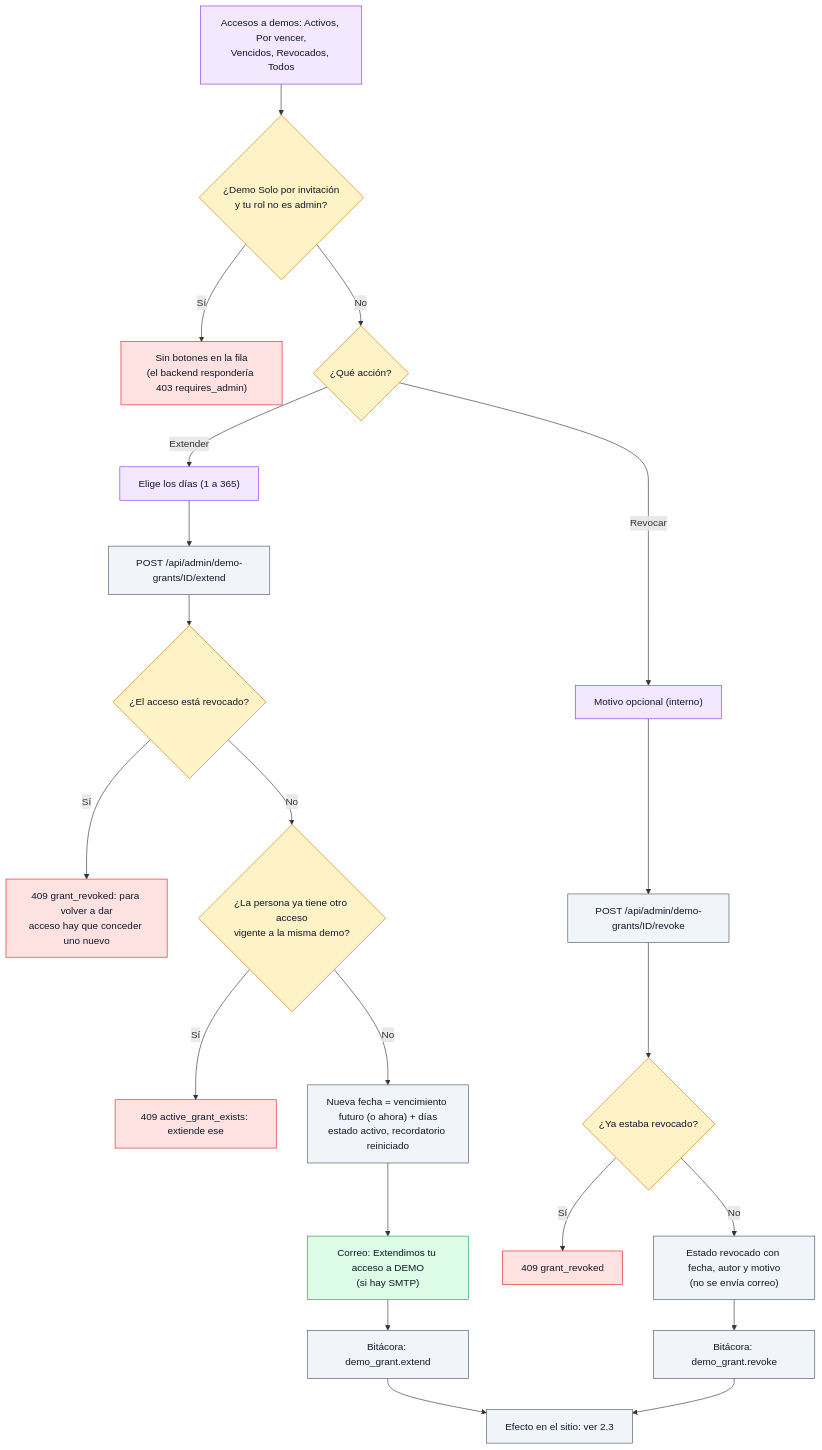
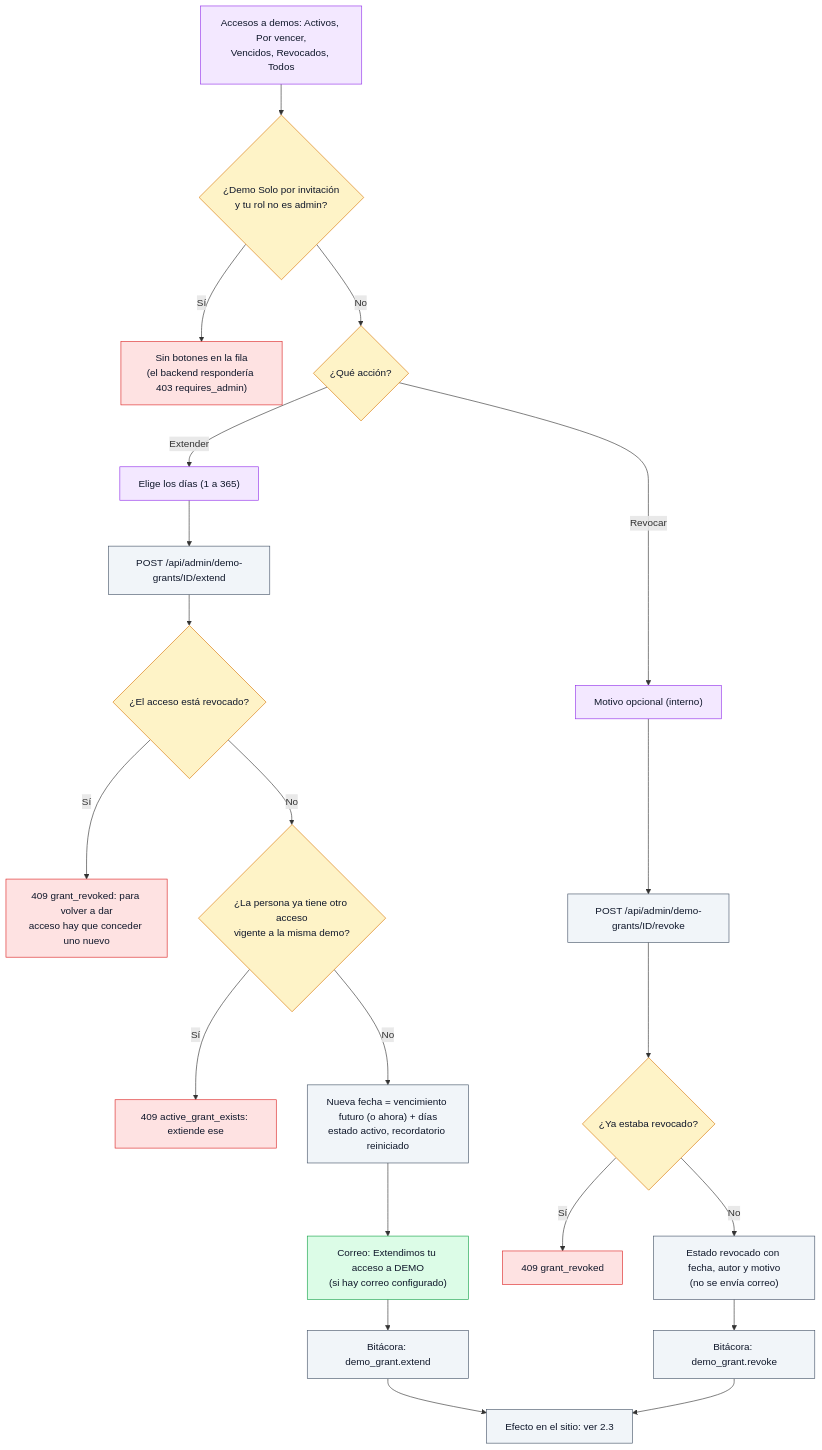
The fourth of 24 diagrams in docs/wiki/Doc-14-2-Flujos-de-Administracion-y-Operacion.md (ronalc90/koptup), drawn with Mermaid before and after one commit. The commit also changed other lines of this file and 45 other files, not shown here.

````diff
--- a/docs/wiki/Doc-14-2-Flujos-de-Administracion-y-Operacion.md
+++ b/docs/wiki/Doc-14-2-Flujos-de-Administracion-y-Operacion.md
@@ -234,43 +235,43 @@
 ```mermaid
 flowchart TD
     classDef visitante fill:#dbeafe,stroke:#2563eb,color:#0f172a
     classDef sistema fill:#f1f5f9,stroke:#475569,color:#0f172a
     classDef admin fill:#f3e8ff,stroke:#9333ea,color:#0f172a
     classDef aviso fill:#dcfce7,stroke:#16a34a,color:#0f172a
     classDef decision fill:#fef3c7,stroke:#d97706,color:#0f172a
     classDef error fill:#fee2e2,stroke:#dc2626,color:#0f172a
     classDef externo fill:#fdf4ff,stroke:#c026d3,color:#0f172a
 
     G1["Accesos a demos: Activos, Por vencer,<br/>Vencidos, Revocados, Todos"]:::admin
     D0{"¿Demo Solo por invitación<br/>y tu rol no es admin?"}:::decision
     E0["Sin botones en la fila<br/>(el backend respondería 403 requires_admin)"]:::error
     D1{"¿Qué acción?"}:::decision
     X1["Elige los días (1 a 365)"]:::admin
     X2["POST /api/admin/demo-grants/ID/extend"]:::sistema
     D2{"¿El acceso está revocado?"}:::decision
     E1["409 grant_revoked: para volver a dar<br/>acceso hay que conceder uno nuevo"]:::error
     D3{"¿La persona ya tiene otro acceso<br/>vigente a la misma demo?"}:::decision
     E2["409 active_grant_exists: extiende ese"]:::error
     X3["Nueva fecha = vencimiento futuro (o ahora) + días<br/>estado activo, recordatorio reiniciado"]:::sistema
-    N1["Correo: Extendimos tu acceso a DEMO<br/>(si hay SMTP)"]:::aviso
+    N1["Correo: Extendimos tu acceso a DEMO<br/>(si hay correo configurado)"]:::aviso
     X4["Bitácora: demo_grant.extend"]:::sistema
     V1["Motivo opcional (interno)"]:::admin
     V2["POST /api/admin/demo-grants/ID/revoke"]:::sistema
     D4{"¿Ya estaba revocado?"}:::decision
     E3["409 grant_revoked"]:::error
     V3["Estado revocado con fecha, autor y motivo<br/>(no se envía correo)"]:::sistema
     V4["Bitácora: demo_grant.revoke"]:::sistema
     F1["Efecto en el sitio: ver 2.3"]:::sistema
 
     G1 --> D0
     D0 -->|"Sí"| E0
     D0 -->|"No"| D1
     D1 -->|"Extender"| X1 --> X2 --> D2
     D2 -->|"Sí"| E1
     D2 -->|"No"| D3
     D3 -->|"Sí"| E2
     D3 -->|"No"| X3 --> N1 --> X4 --> F1
     D1 -->|"Revocar"| V1 --> V2 --> D4
     D4 -->|"Sí"| E3
     D4 -->|"No"| V3 --> V4 --> F1
 ```
````
